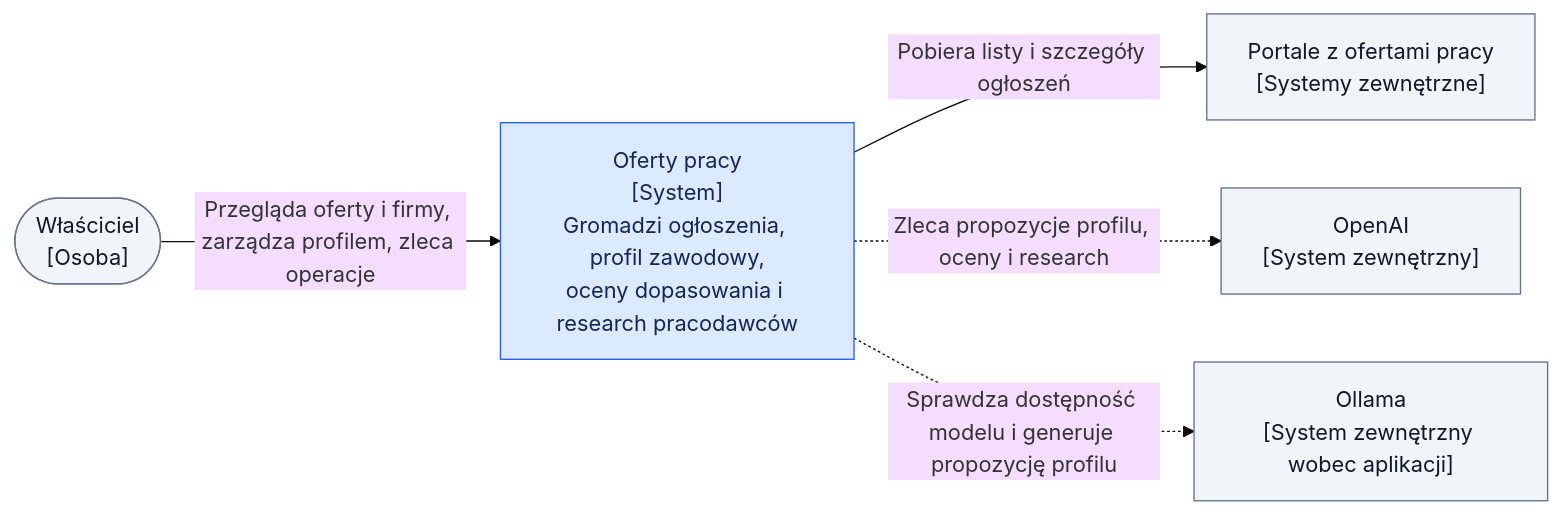
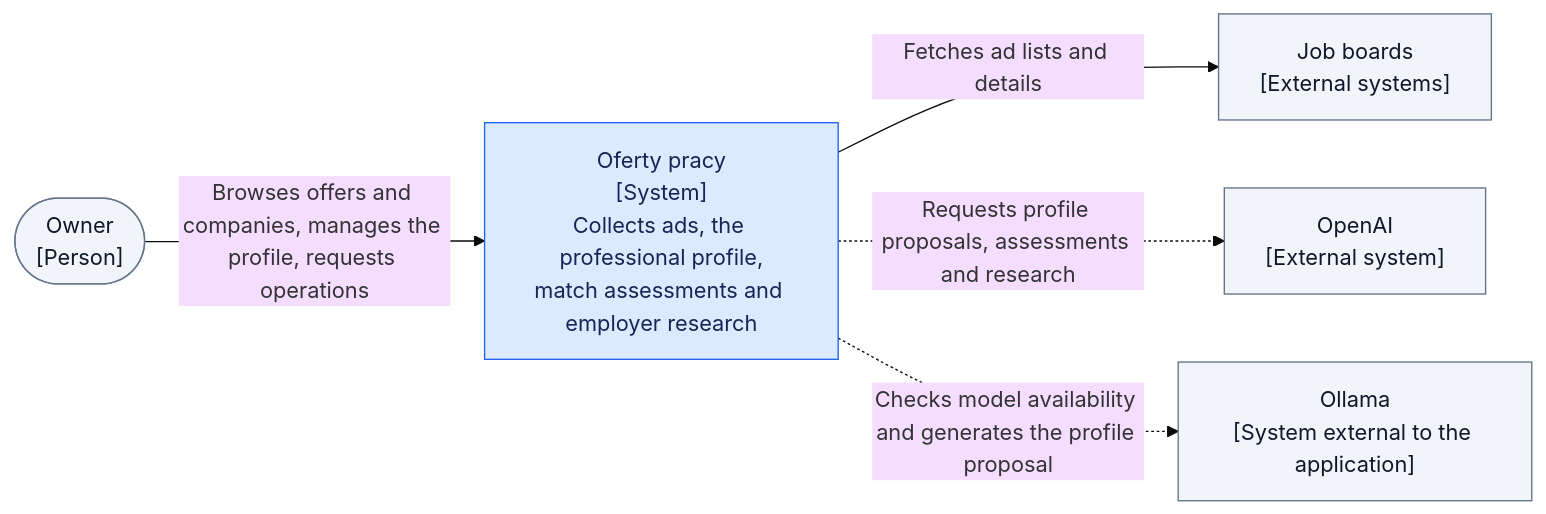
Before and after one commit to pioziol123/ofertorix-rekrutus: the first of 5 diagrams in docs/research/egm-architektura-2026-11-13/review-input.md, drawn with Mermaid (base theme). The commit also changed other lines of this file and 126 other files, not shown here.

````diff
--- a/docs/research/egm-architektura-2026-11-13/review-input.md
+++ b/docs/research/egm-architektura-2026-11-13/review-input.md
@@ -27,18 +27,18 @@
 ```mermaid
 flowchart LR
-  Owner(["Właściciel<br/>[Osoba]"])
-  System["Oferty pracy<br/>[System]<br/>Gromadzi ogłoszenia, profil zawodowy,<br/>oceny dopasowania i research pracodawców"]
-  Boards["Portale z ofertami pracy<br/>[Systemy zewnętrzne]"]
-  OpenAI["OpenAI<br/>[System zewnętrzny]"]
-  Ollama["Ollama<br/>[System zewnętrzny wobec aplikacji]"]
+  Owner(["Owner<br/>[Person]"])
+  System["Oferty pracy<br/>[System]<br/>Collects ads, the professional profile,<br/>match assessments and employer research"]
+  Boards["Job boards<br/>[External systems]"]
+  OpenAI["OpenAI<br/>[External system]"]
+  Ollama["Ollama<br/>[System external to the application]"]
 
-  Owner -->|"Przegląda oferty i firmy, zarządza profilem, zleca operacje"| System
-  System -->|"Pobiera listy i szczegóły ogłoszeń"| Boards
-  System -.->|"Zleca propozycje profilu, oceny i research"| OpenAI
-  System -.->|"Sprawdza dostępność modelu i generuje propozycję profilu"| Ollama
+  Owner -->|"Browses offers and companies, manages the profile, requests operations"| System
+  System -->|"Fetches ad lists and details"| Boards
+  System -.->|"Requests profile proposals, assessments and research"| OpenAI
+  System -.->|"Checks model availability and generates the profile proposal"| Ollama
 
   classDef internal fill:#dbeafe,stroke:#2563eb,color:#172554
   classDef external fill:#f1f5f9,stroke:#64748b,color:#0f172a
   class System internal
   class Owner,Boards,OpenAI,Ollama external
 ```
````
